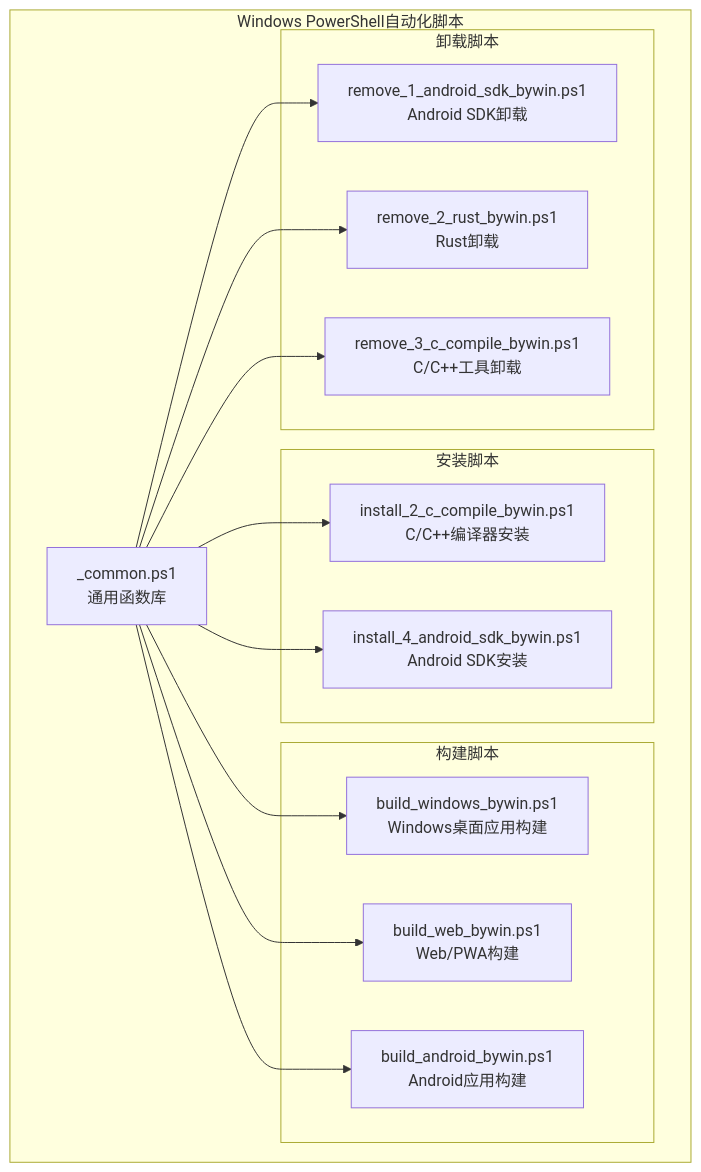
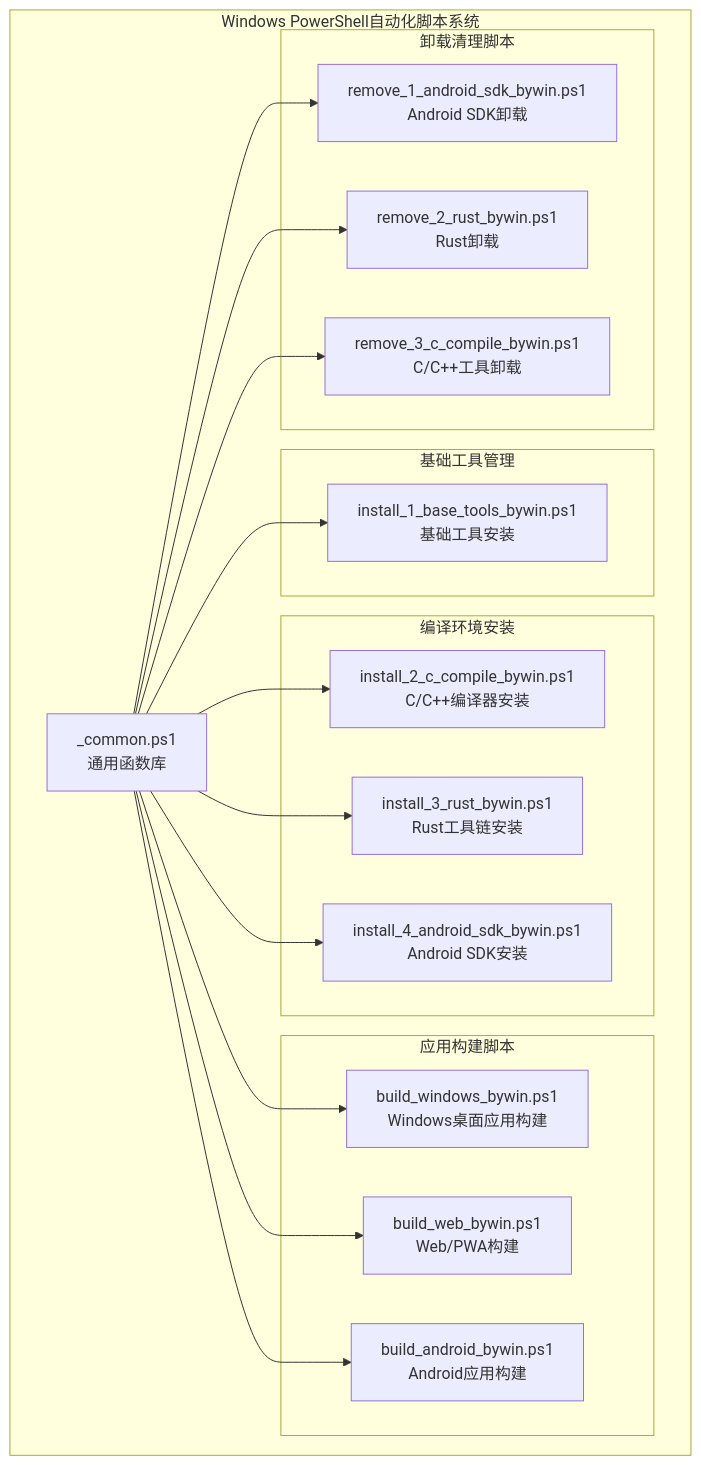
The first of 7 diagrams in .qoder/repowiki/zh/content/构建与部署/Windows PowerShell自动化.md (tea4go/Macro-Deck-Client-App), drawn with Mermaid before and after one commit. The commit also changed other lines of this file and 28 other files, not shown here.

````diff
--- a/.qoder/repowiki/zh/content/构建与部署/Windows PowerShell自动化.md
+++ b/.qoder/repowiki/zh/content/构建与部署/Windows PowerShell自动化.md
@@ -49,28 +51,34 @@
 ```mermaid
 graph TB
-subgraph "Windows PowerShell自动化脚本"
+subgraph "Windows PowerShell自动化脚本系统"
 Common[_common.ps1<br/>通用函数库]
-subgraph "安装脚本"
+subgraph "基础工具管理"
+BaseTools[install_1_base_tools_bywin.ps1<br/>基础工具安装]
+end
+subgraph "编译环境安装"
 InstallC[install_2_c_compile_bywin.ps1<br/>C/C++编译器安装]
+InstallRust[install_3_rust_bywin.ps1<br/>Rust工具链安装]
 InstallSDK[install_4_android_sdk_bywin.ps1<br/>Android SDK安装]
 end
-subgraph "构建脚本"
+subgraph "应用构建脚本"
 BuildWin[build_windows_bywin.ps1<br/>Windows桌面应用构建]
 BuildWeb[build_web_bywin.ps1<br/>Web/PWA构建]
 BuildAndroid[build_android_bywin.ps1<br/>Android应用构建]
 end
-subgraph "卸载脚本"
+subgraph "卸载清理脚本"
 RemoveSDK[remove_1_android_sdk_bywin.ps1<br/>Android SDK卸载]
 RemoveRust[remove_2_rust_bywin.ps1<br/>Rust卸载]
 RemoveC[remove_3_c_compile_bywin.ps1<br/>C/C++工具卸载]
 end
+Common --> BaseTools
 Common --> InstallC
+Common --> InstallRust
 Common --> InstallSDK
 Common --> BuildWin
 Common --> BuildWeb
 Common --> BuildAndroid
 Common --> RemoveSDK
 Common --> RemoveRust
 Common --> RemoveC
 end
 ```
````
